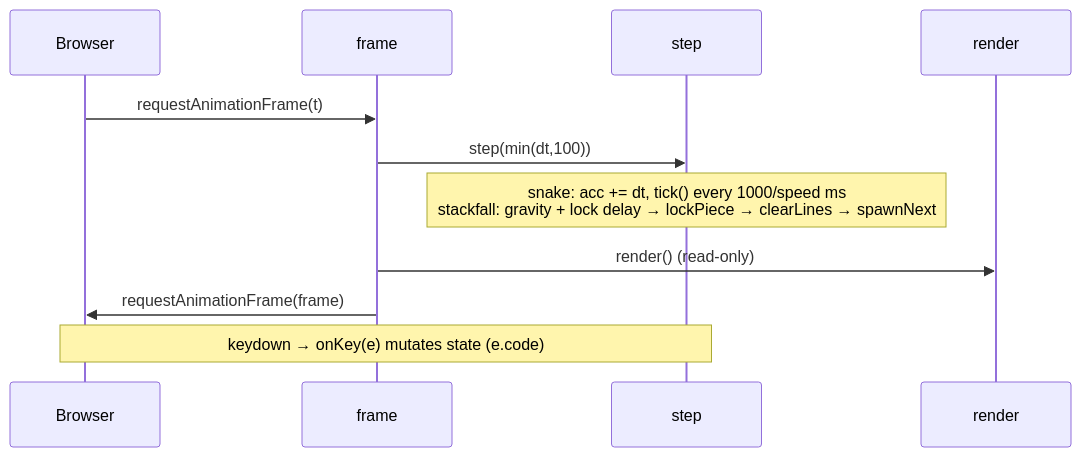
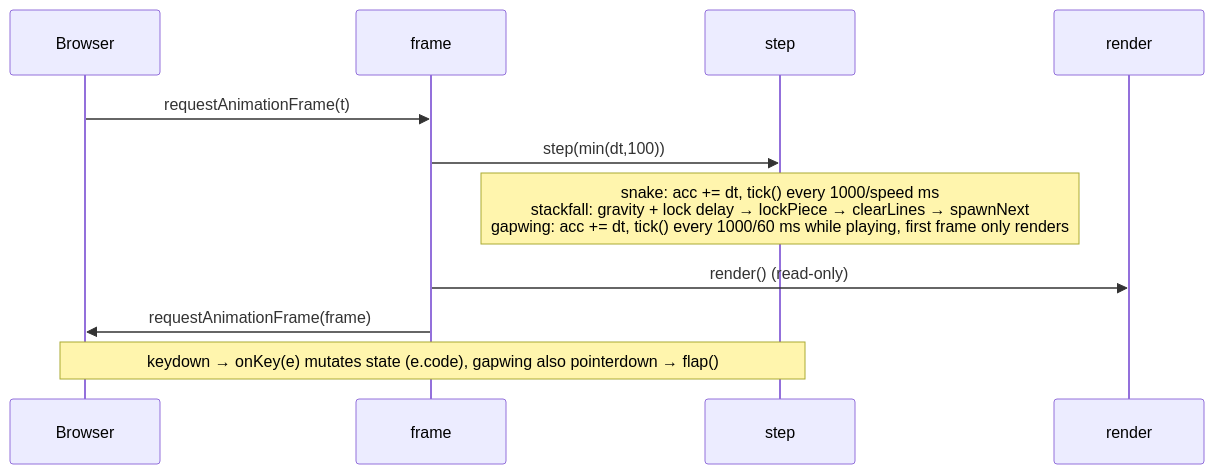
The second of 3 diagrams in docs/CODEBASE_MAP.md (KPharcos/retro-games), drawn with Mermaid before and after one commit. The commit also changed other lines of this file and 1 other file, not shown here.

First line of the commit message:
Refresh codebase map for Gapwing

````diff
--- a/docs/CODEBASE_MAP.md
+++ b/docs/CODEBASE_MAP.md
@@ -226,13 +232,13 @@
 ```mermaid
 sequenceDiagram
     participant Browser
     participant frame
     participant step
     participant render
     Browser->>frame: requestAnimationFrame(t)
     frame->>step: step(min(dt,100))
-    Note over step: snake: acc += dt, tick() every 1000/speed ms<br/>stackfall: gravity + lock delay → lockPiece → clearLines → spawnNext
+    Note over step: snake: acc += dt, tick() every 1000/speed ms<br/>stackfall: gravity + lock delay → lockPiece → clearLines → spawnNext<br/>gapwing: acc += dt, tick() every 1000/60 ms while playing, first frame only renders
     frame->>render: render() (read-only)
     frame->>Browser: requestAnimationFrame(frame)
-    Note over Browser,step: keydown → onKey(e) mutates state (e.code)
+    Note over Browser,step: keydown → onKey(e) mutates state (e.code), gapwing also pointerdown → flap()
 ```
````
